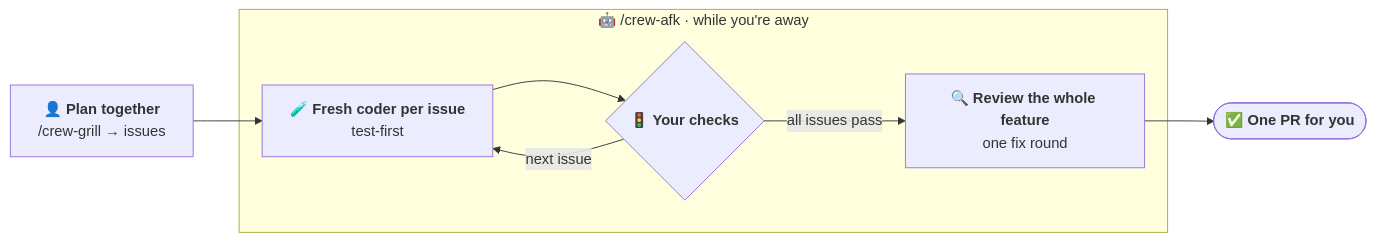
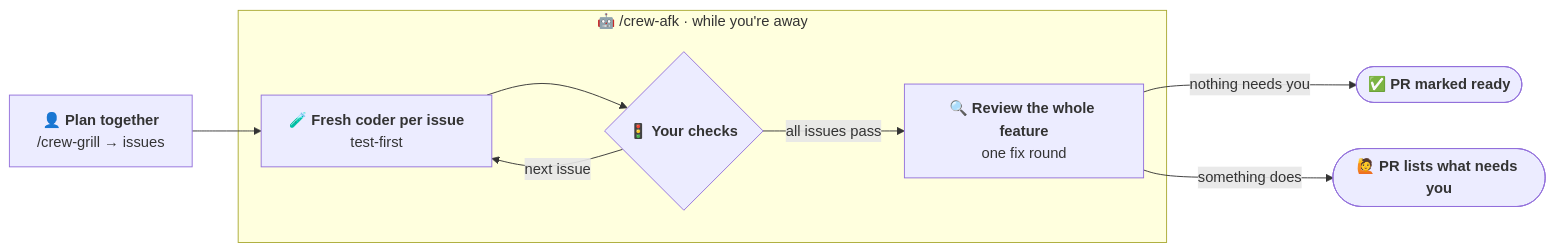
One commit to ypxing/coding-crew changed the diagram in README.md. Above: the diagram before and after it, drawn with Mermaid. The commit also changed other lines of this file and 1 other file, not shown here.

````diff
--- a/README.md
+++ b/README.md
@@ -45,10 +46,11 @@
 ```mermaid
 flowchart LR
     plan["👤 <b>Plan together</b><br/>/crew-grill → issues"] --> coder
     subgraph away ["🤖 /crew-afk · while you're away"]
         coder["🧪 <b>Fresh coder per issue</b><br/>test-first"] --> gate{"🚦 <b>Your checks</b>"}
         gate -- "next issue" --> coder
         gate -- "all issues pass" --> review["🔍 <b>Review the whole feature</b><br/>one fix round"]
     end
-    review --> pr(["✅ <b>One PR for you</b>"])
+    review -- "nothing needs you" --> ready(["✅ <b>PR marked ready</b>"])
+    review -- "something does" --> needs(["🙋 <b>PR lists what needs you</b>"])
 ```
````
